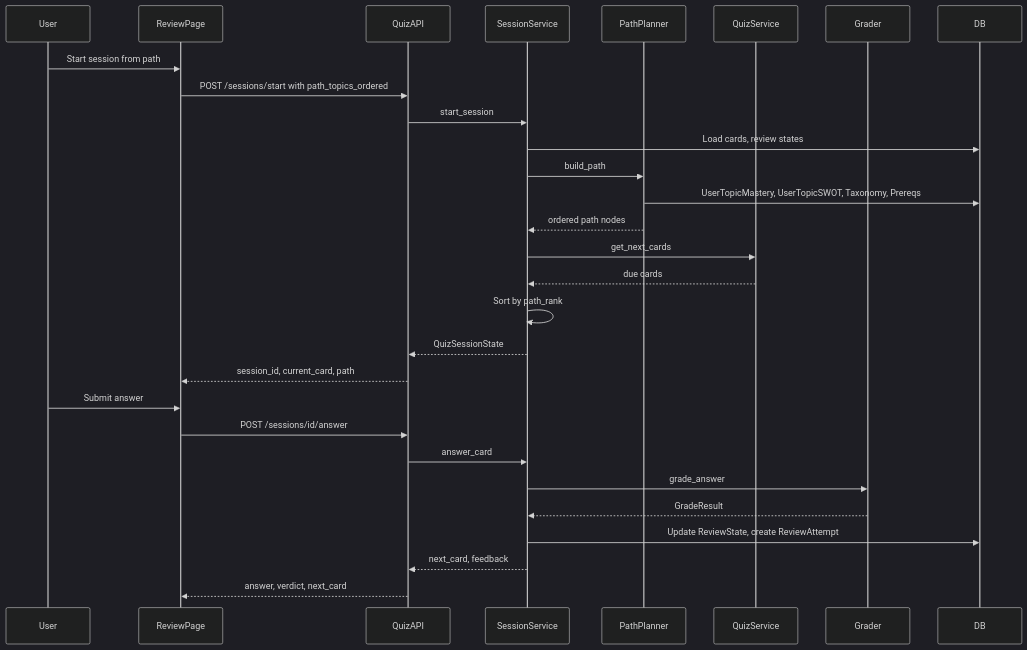
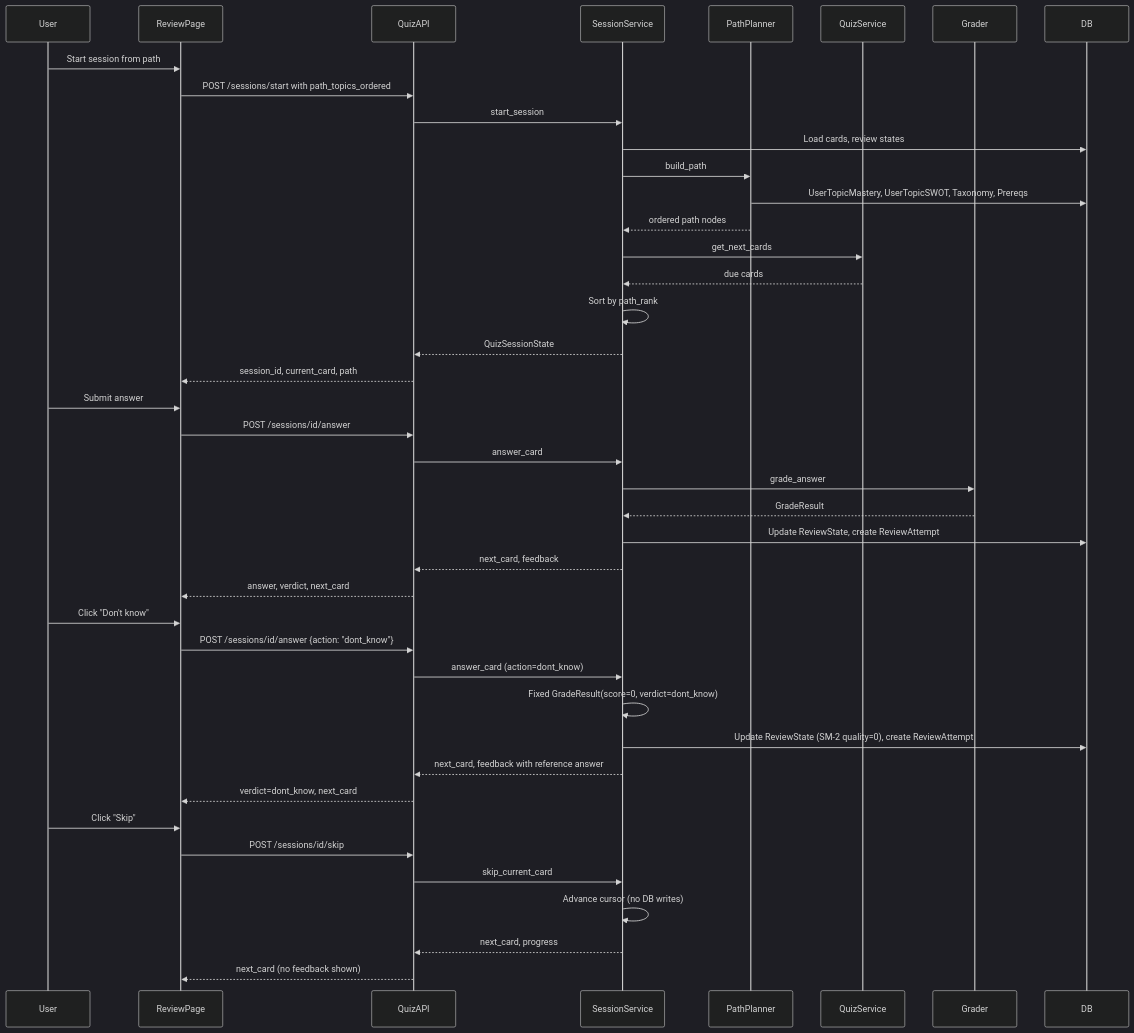
Before and after one commit to garg-tejas/Synthetix-CS: the second of 6 diagrams in docs/ARCHITECTURE.md, drawn with Mermaid (dark theme). The commit also changed other lines of this file and 2 other files, not shown here.

Commit message:
docs: update SETUP/README/ARCHITECTURE for new features

````diff
--- a/docs/ARCHITECTURE.md
+++ b/docs/ARCHITECTURE.md
@@ -61,33 +61,48 @@
 ```mermaid
 sequenceDiagram
     participant User
     participant ReviewPage
     participant QuizAPI
     participant SessionService
     participant PathPlanner
     participant QuizService
     participant Grader
     participant DB
 
     User->>ReviewPage: Start session from path
     ReviewPage->>QuizAPI: POST /sessions/start with path_topics_ordered
     QuizAPI->>SessionService: start_session
     SessionService->>DB: Load cards, review states
     SessionService->>PathPlanner: build_path
     PathPlanner->>DB: UserTopicMastery, UserTopicSWOT, Taxonomy, Prereqs
     PathPlanner-->>SessionService: ordered path nodes
     SessionService->>QuizService: get_next_cards
     QuizService-->>SessionService: due cards
     SessionService->>SessionService: Sort by path_rank
     SessionService-->>QuizAPI: QuizSessionState
     QuizAPI-->>ReviewPage: session_id, current_card, path
 
     User->>ReviewPage: Submit answer
     ReviewPage->>QuizAPI: POST /sessions/id/answer
     QuizAPI->>SessionService: answer_card
     SessionService->>Grader: grade_answer
     Grader-->>SessionService: GradeResult
     SessionService->>DB: Update ReviewState, create ReviewAttempt
     SessionService-->>QuizAPI: next_card, feedback
     QuizAPI-->>ReviewPage: answer, verdict, next_card
+
+    User->>ReviewPage: Click "Don't know"
+    ReviewPage->>QuizAPI: POST /sessions/id/answer {action: "dont_know"}
+    QuizAPI->>SessionService: answer_card (action=dont_know)
+    SessionService->>SessionService: Fixed GradeResult(score=0, verdict=dont_know)
+    SessionService->>DB: Update ReviewState (SM-2 quality=0), create ReviewAttempt
+    SessionService-->>QuizAPI: next_card, feedback with reference answer
+    QuizAPI-->>ReviewPage: verdict=dont_know, next_card
+
+    User->>ReviewPage: Click "Skip"
+    ReviewPage->>QuizAPI: POST /sessions/id/skip
+    QuizAPI->>SessionService: skip_current_card
+    SessionService->>SessionService: Advance cursor (no DB writes)
+    SessionService-->>QuizAPI: next_card, progress
+    QuizAPI-->>ReviewPage: next_card (no feedback shown)
 ```
````
